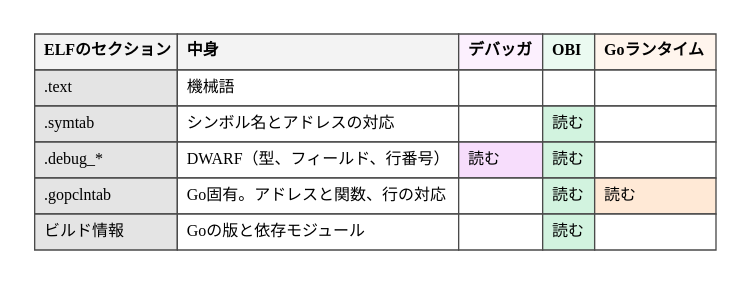
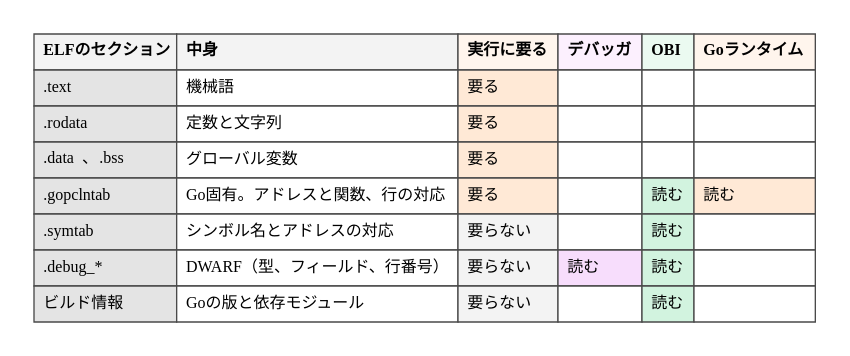
Before and after one commit to ymotongpoo/zenn.dev: the diagram in diagrams/go-ebpf-primer/20260911-elf-sections.dot, drawn with Graphviz. The commit also changed 10 other files, not shown here.

Commit message:
fix(go-ebpf-primer): 本文の修正に合わせて図版4点を更新

```diff
--- a/diagrams/go-ebpf-primer/20260911-elf-sections.dot
+++ b/diagrams/go-ebpf-primer/20260911-elf-sections.dot
@@ -1,43 +1,57 @@
 // ELFバイナリの中身と、それを読む側
 digraph elf_sections {
   graph [
     fontname="IBM Plex Sans JP", fontsize=13,
     splines=ortho,
     bgcolor="white", pad=0.25
   ];
   node [
     fontname="IBM Plex Sans JP", fontsize=12,
     shape=box, style="rounded,filled",
     fillcolor="#F1F1F1", color="#4A4A4A", penwidth=1.6,
     margin="0.2,0.14"
   ];
   edge [
     fontname="IBM Plex Sans JP", fontsize=11,
     color="#343434", penwidth=1.4, arrowsize=0.9,
     fontcolor="#171717"
   ];
 
   matrix [shape=plain, style="", label=<
     <table border="0" cellborder="1" cellspacing="0" cellpadding="6" color="#4A4A4A">
       <tr><td align="left" bgcolor="#F3F3F3"><b>ELFのセクション</b></td>
           <td align="left" bgcolor="#F3F3F3"><b>中身</b></td>
+          <td align="left" bgcolor="#FFF5ED"><b>実行に要る</b></td>
           <td align="left" bgcolor="#FCF0FE"><b>デバッガ</b></td>
           <td align="left" bgcolor="#EBFAF1"><font face="Poppins"><b>OBI</b></font></td>
           <td align="left" bgcolor="#FFF5ED"><b>Goランタイム</b></td></tr>
       <tr><td align="left" bgcolor="#E4E4E4"><font face="JetBrains Mono">.text</font></td>
           <td align="left" bgcolor="#FFFFFF">機械語</td>
+          <td align="left" bgcolor="#FFE9D6">要る</td>
           <td align="left" bgcolor="#FFFFFF"></td><td align="left" bgcolor="#FFFFFF"></td><td align="left" bgcolor="#FFFFFF"></td></tr>
+      <tr><td align="left" bgcolor="#E4E4E4"><font face="JetBrains Mono">.rodata</font></td>
+          <td align="left" bgcolor="#FFFFFF">定数と文字列</td>
+          <td align="left" bgcolor="#FFE9D6">要る</td>
+          <td align="left" bgcolor="#FFFFFF"></td><td align="left" bgcolor="#FFFFFF"></td><td align="left" bgcolor="#FFFFFF"></td></tr>
+      <tr><td align="left" bgcolor="#E4E4E4"><font face="JetBrains Mono">.data</font>、<font face="JetBrains Mono">.bss</font></td>
+          <td align="left" bgcolor="#FFFFFF">グローバル変数</td>
+          <td align="left" bgcolor="#FFE9D6">要る</td>
+          <td align="left" bgcolor="#FFFFFF"></td><td align="left" bgcolor="#FFFFFF"></td><td align="left" bgcolor="#FFFFFF"></td></tr>
+      <tr><td align="left" bgcolor="#E4E4E4"><font face="JetBrains Mono">.gopclntab</font></td>
+          <td align="left" bgcolor="#FFFFFF">Go固有。アドレスと関数、行の対応</td>
+          <td align="left" bgcolor="#FFE9D6">要る</td>
+          <td align="left" bgcolor="#FFFFFF"></td><td align="left" bgcolor="#D2F3DF">読む</td><td align="left" bgcolor="#FFE9D6">読む</td></tr>
       <tr><td align="left" bgcolor="#E4E4E4"><font face="JetBrains Mono">.symtab</font></td>
           <td align="left" bgcolor="#FFFFFF">シンボル名とアドレスの対応</td>
+          <td align="left" bgcolor="#F3F3F3">要らない</td>
           <td align="left" bgcolor="#FFFFFF"></td><td align="left" bgcolor="#D2F3DF">読む</td><td align="left" bgcolor="#FFFFFF"></td></tr>
       <tr><td align="left" bgcolor="#E4E4E4"><font face="JetBrains Mono">.debug_*</font></td>
           <td align="left" bgcolor="#FFFFFF">DWARF（型、フィールド、行番号）</td>
+          <td align="left" bgcolor="#F3F3F3">要らない</td>
           <td align="left" bgcolor="#F7DDFC">読む</td><td align="left" bgcolor="#D2F3DF">読む</td><td align="left" bgcolor="#FFFFFF"></td></tr>
-      <tr><td align="left" bgcolor="#E4E4E4"><font face="JetBrains Mono">.gopclntab</font></td>
-          <td align="left" bgcolor="#FFFFFF">Go固有。アドレスと関数、行の対応</td>
-          <td align="left" bgcolor="#FFFFFF"></td><td align="left" bgcolor="#D2F3DF">読む</td><td align="left" bgcolor="#FFE9D6">読む</td></tr>
       <tr><td align="left" bgcolor="#E4E4E4">ビルド情報</td>
           <td align="left" bgcolor="#FFFFFF">Goの版と依存モジュール</td>
+          <td align="left" bgcolor="#F3F3F3">要らない</td>
           <td align="left" bgcolor="#FFFFFF"></td><td align="left" bgcolor="#D2F3DF">読む</td><td align="left" bgcolor="#FFFFFF"></td></tr>
     </table>>];
 }
```
